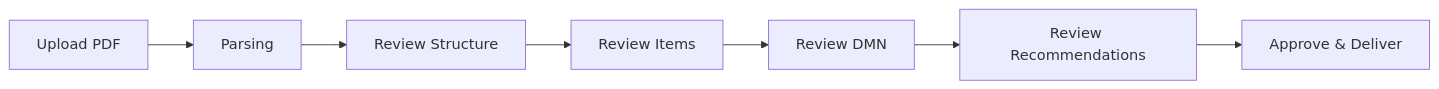
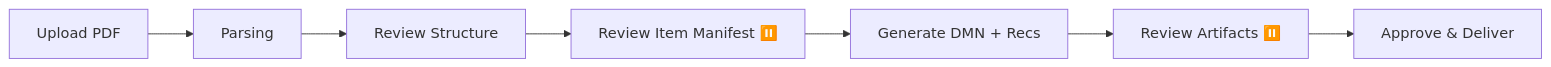
The diagram in dev_docs/ui/spike-c-cpg-ingester-ux.md (samschifman/cpg-to-acp), drawn with Mermaid before and after one commit. The commit also changed other lines of this file and 1 other file, not shown here.

````diff
--- a/dev_docs/ui/spike-c-cpg-ingester-ux.md
+++ b/dev_docs/ui/spike-c-cpg-ingester-ux.md
@@ -13,9 +13,9 @@
 ```mermaid
 graph LR
     A[Upload PDF] --> B[Parsing]
     B --> C[Review Structure]
-    C --> D[Review Items]
-    D --> E[Review DMN]
-    E --> F[Review Recommendations]
+    C --> D["Review Item Manifest ⏸️"]
+    D --> E[Generate DMN + Recs]
+    E --> F["Review Artifacts ⏸️"]
     F --> G[Approve & Deliver]
 ```
````
